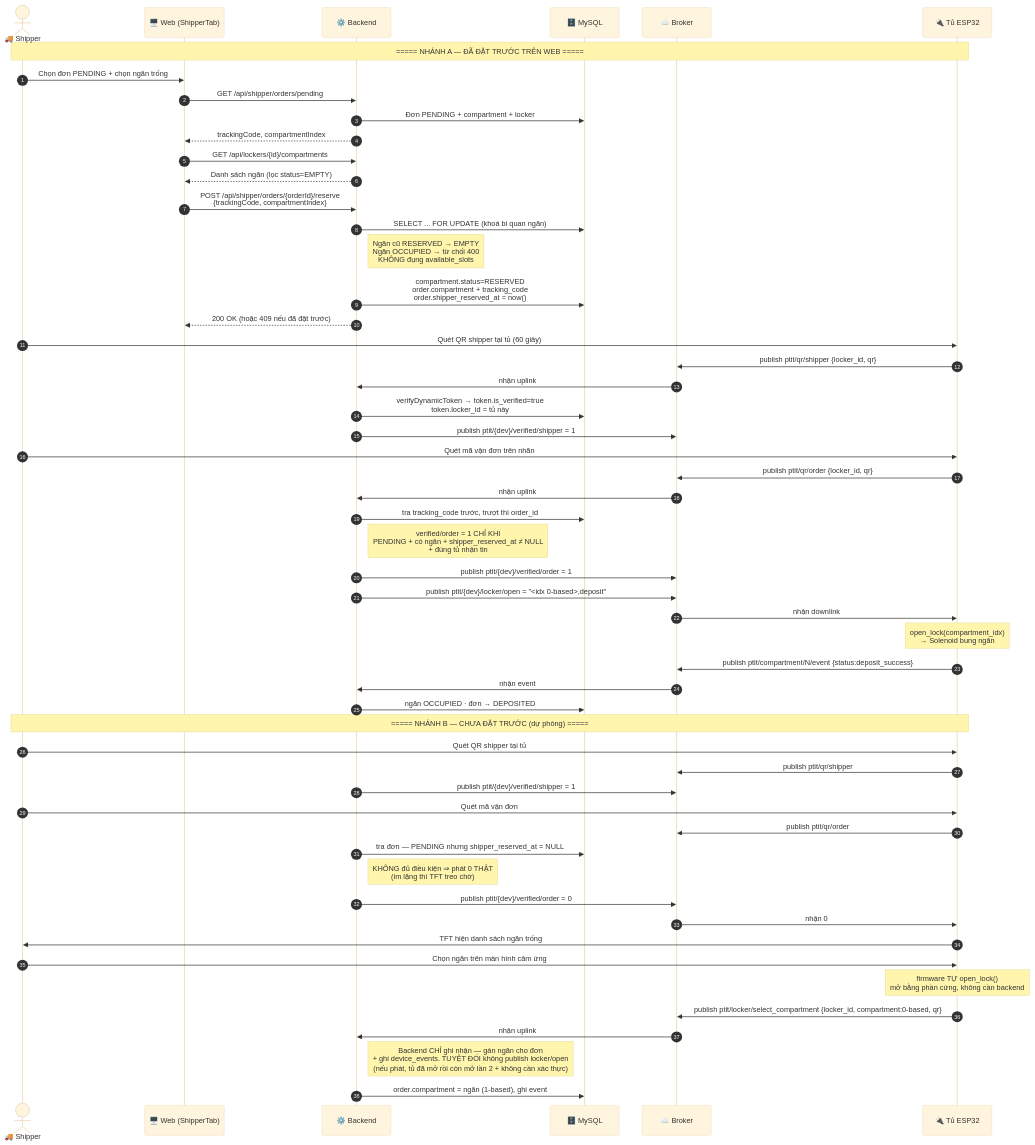
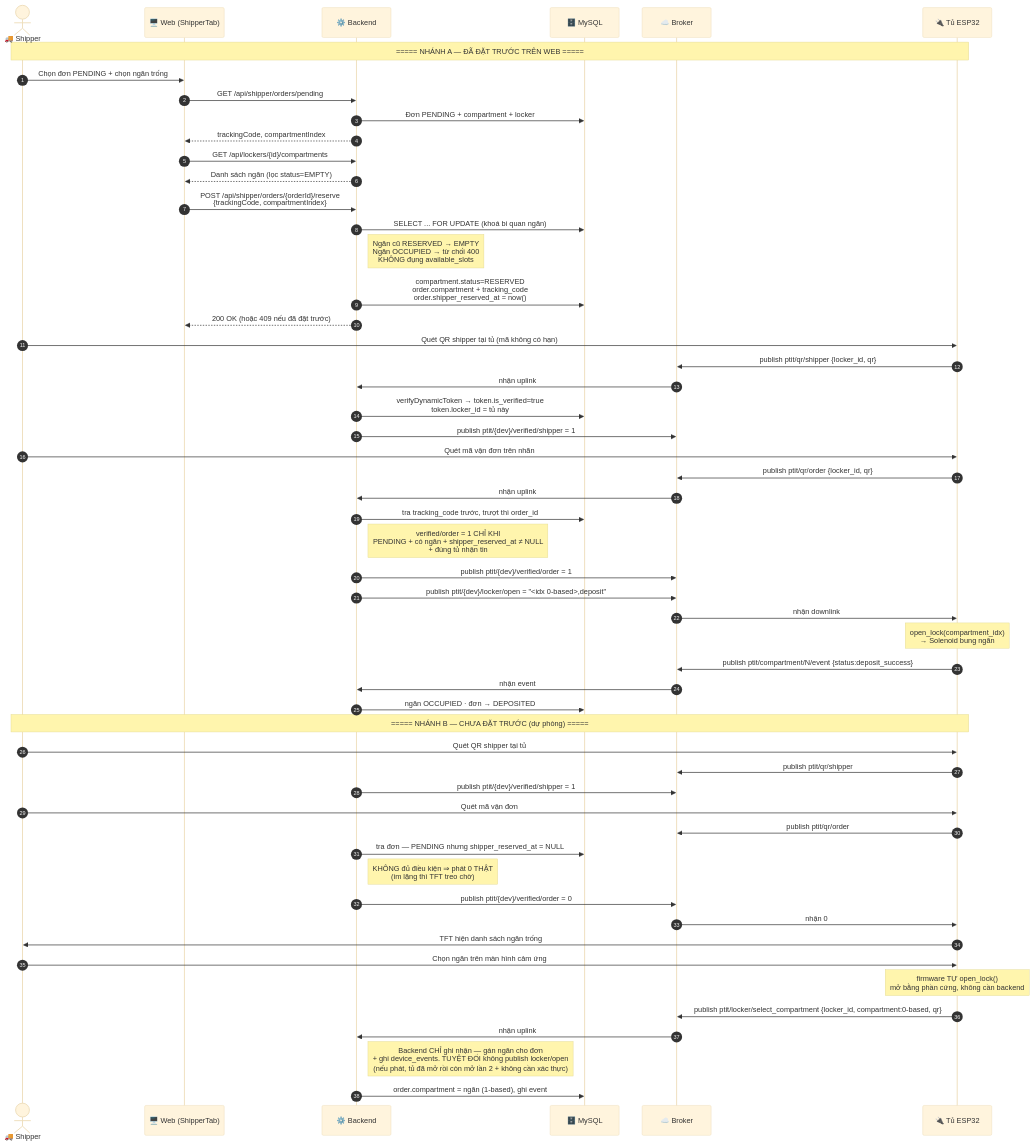
One commit to slueon/DATN-smart-locker changed the second of 3 diagrams in docs/SO-DO.md. Above: the diagram before and after it, drawn with Mermaid (base theme). The commit also changed 16 other files, not shown here.

````diff
--- a/docs/SO-DO.md
+++ b/docs/SO-DO.md
@@ -71,62 +71,62 @@
 ```mermaid
 sequenceDiagram
     autonumber
     actor S as 🚚 Shipper
     participant W as 🖥️ Web (ShipperTab)
     participant BE as ⚙️ Backend
     participant DB as 🗄️ MySQL
     participant B as ☁️ Broker
     participant T as 🔌 Tủ ESP32
 
     Note over S,T: ===== NHÁNH A — ĐÃ ĐẶT TRƯỚC TRÊN WEB =====
 
     S->>W: Chọn đơn PENDING + chọn ngăn trống
     W->>BE: GET /api/shipper/orders/pending
     BE->>DB: Đơn PENDING + compartment + locker
     BE-->>W: trackingCode, compartmentIndex
     W->>BE: GET /api/lockers/{id}/compartments
     BE-->>W: Danh sách ngăn (lọc status=EMPTY)
     W->>BE: POST /api/shipper/orders/{orderId}/reserve<br/>{trackingCode, compartmentIndex}
     BE->>DB: SELECT ... FOR UPDATE (khoá bi quan ngăn)
     Note right of BE: Ngăn cũ RESERVED → EMPTY<br/>Ngăn OCCUPIED → từ chối 400<br/>KHÔNG đụng available_slots
     BE->>DB: compartment.status=RESERVED<br/>order.compartment + tracking_code<br/>order.shipper_reserved_at = now()
     BE-->>W: 200 OK (hoặc 409 nếu đã đặt trước)
 
-    S->>T: Quét QR shipper tại tủ (60 giây)
+    S->>T: Quét QR shipper tại tủ (mã không có hạn)
     T->>B: publish ptit/qr/shipper {locker_id, qr}
     B->>BE: nhận uplink
     BE->>DB: verifyDynamicToken → token.is_verified=true<br/>token.locker_id = tủ này
     BE->>B: publish ptit/{dev}/verified/shipper = 1
 
     S->>T: Quét mã vận đơn trên nhãn
     T->>B: publish ptit/qr/order {locker_id, qr}
     B->>BE: nhận uplink
     BE->>DB: tra tracking_code trước, trượt thì order_id
     Note right of BE: verified/order = 1 CHỈ KHI<br/>PENDING + có ngăn + shipper_reserved_at ≠ NULL<br/>+ đúng tủ nhận tin
     BE->>B: publish ptit/{dev}/verified/order = 1
     BE->>B: publish ptit/{dev}/locker/open = "<idx 0-based>,deposit"
     B->>T: nhận downlink
     Note over T: open_lock(compartment_idx)<br/>→ Solenoid bung ngăn
     T->>B: publish ptit/compartment/N/event {status:deposit_success}
     B->>BE: nhận event
     BE->>DB: ngăn OCCUPIED · đơn → DEPOSITED
 
     Note over S,T: ===== NHÁNH B — CHƯA ĐẶT TRƯỚC (dự phòng) =====
 
     S->>T: Quét QR shipper tại tủ
     T->>B: publish ptit/qr/shipper
     BE->>B: publish ptit/{dev}/verified/shipper = 1
     S->>T: Quét mã vận đơn
     T->>B: publish ptit/qr/order
     BE->>DB: tra đơn — PENDING nhưng shipper_reserved_at = NULL
     Note right of BE: KHÔNG đủ điều kiện ⇒ phát 0 THẬT<br/>(im lặng thì TFT treo chờ)
     BE->>B: publish ptit/{dev}/verified/order = 0
     B->>T: nhận 0
     T->>S: TFT hiện danh sách ngăn trống
     S->>T: Chọn ngăn trên màn hình cảm ứng
     Note over T: firmware TỰ open_lock()<br/>mở bằng phần cứng, không cần backend
     T->>B: publish ptit/locker/select_compartment {locker_id, compartment:0-based, qr}
     B->>BE: nhận uplink
     Note right of BE: Backend CHỈ ghi nhận — gán ngăn cho đơn<br/>+ ghi device_events. TUYỆT ĐỐI không publish locker/open<br/>(nếu phát, tủ đã mở rồi còn mở lần 2 + không cần xác thực)
     BE->>DB: order.compartment = ngăn (1-based), ghi event
 ```
````
